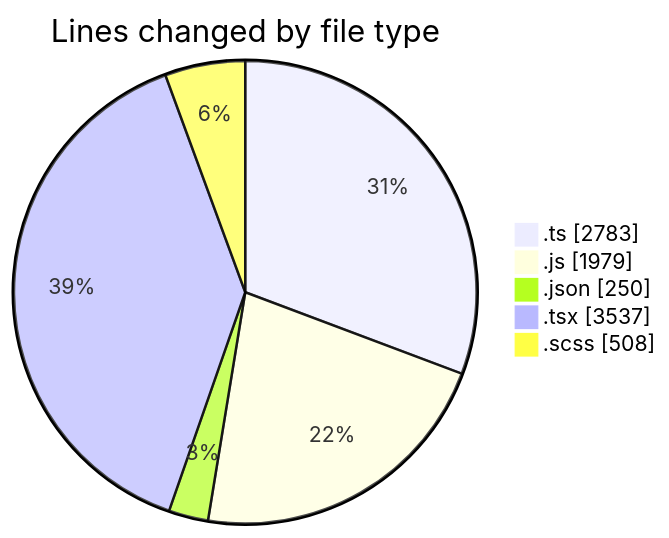
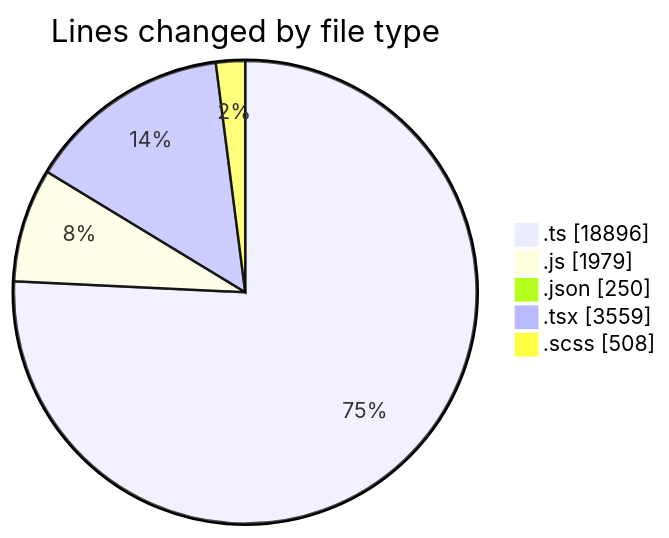
The first of 2 diagrams in 2026-06-18/cda/README.md (momahboobian/code-tracking), drawn with Mermaid before and after one commit. The commit also changed other lines of this file and 1 other file, not shown here.

````diff
--- a/2026-06-18/cda/README.md
+++ b/2026-06-18/cda/README.md
@@ -66,9 +69,9 @@
 ```mermaid
 pie showData
 title Lines changed by file type
-".ts" : 2783
+".ts" : 18896
 ".js" : 1979
 ".json" : 250
-".tsx" : 3537
+".tsx" : 3559
 ".scss" : 508
 ```
````
